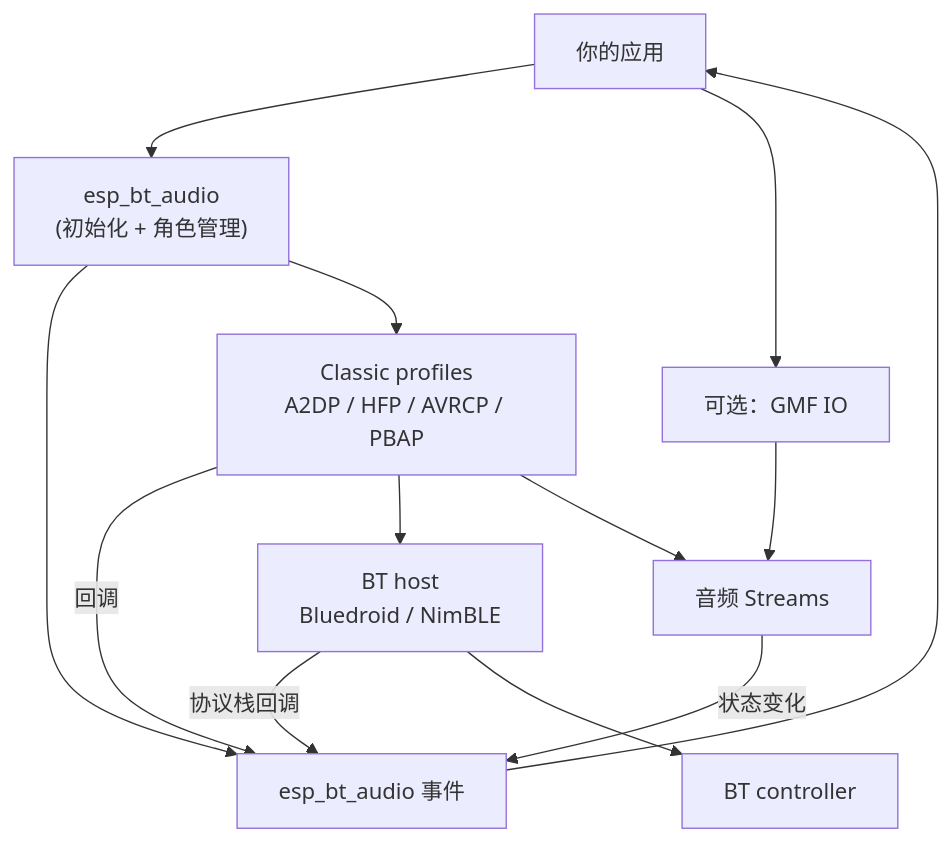
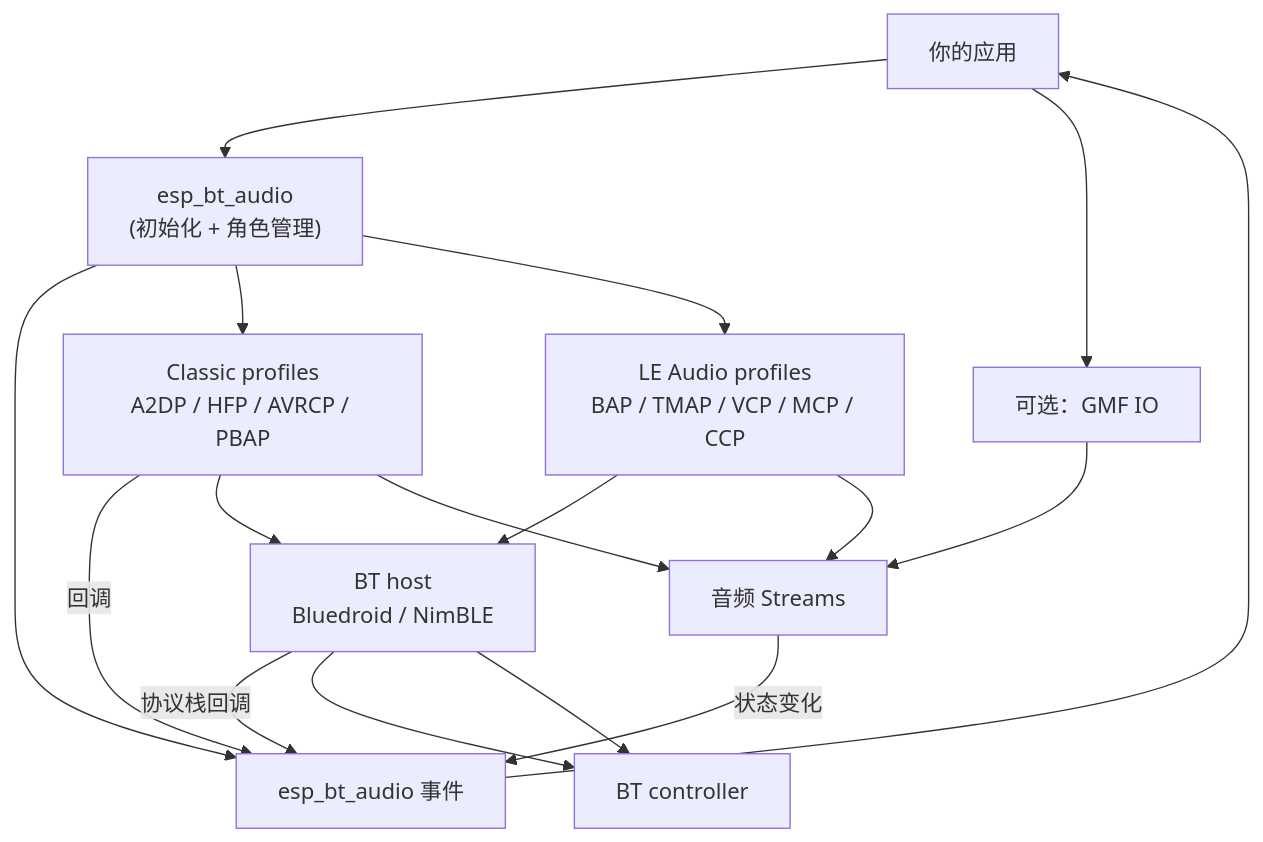
Before and after one commit to espressif/esp-gmf: the first of 6 diagrams in packages/esp_bt_audio/README_CN.md, drawn with Mermaid. The commit also changed other lines of this file and 61 other files, not shown here.

````diff
--- a/packages/esp_bt_audio/README_CN.md
+++ b/packages/esp_bt_audio/README_CN.md
@@ -44,20 +51,23 @@
 ```mermaid
 flowchart TB
   app["你的应用"]
   evt["esp_bt_audio 事件"]
   core["esp_bt_audio<br/>(初始化 + 角色管理)"]
   stream["音频 Streams"]
   classic["Classic profiles<br/>A2DP / HFP / AVRCP / PBAP"]
+  le["LE Audio profiles<br/>BAP / TMAP / VCP / MCP / CCP"]
   host["BT host<br/>Bluedroid / NimBLE"]
   ctrl["BT controller"]
   gmf["可选：GMF IO"]
 
   app --> core;
   core --> evt --> app;
   classic -- "回调" --> evt;
   host -- "协议栈回调" --> evt;
   core --> classic --> host --> ctrl;
+  core --> le --> host --> ctrl;
   classic --> stream;
+  le --> stream;
   stream -- "状态变化" --> evt;
   app --> gmf --> stream;
 ```
````
